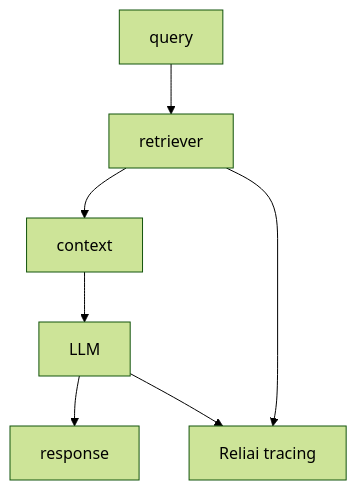
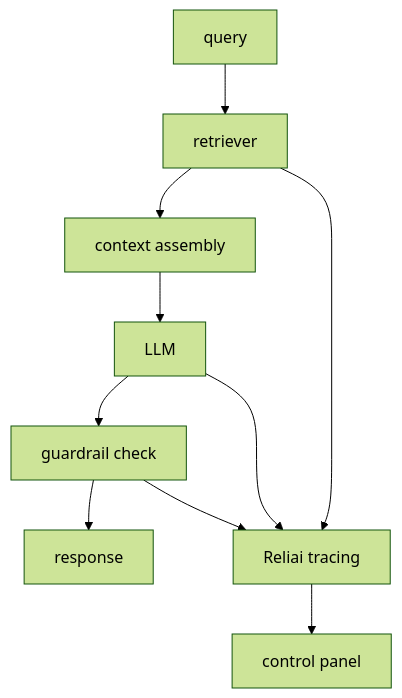
One commit to Reliailabs/reliai changed the diagram in repo-templates/reliai-rag-starter/README.md. Above: the diagram before and after it, drawn with Mermaid (forest theme). The commit also changed other lines of this file and 18 other files, not shown here.

````diff
--- a/repo-templates/reliai-rag-starter/README.md
+++ b/repo-templates/reliai-rag-starter/README.md
@@ -58,9 +49,12 @@
 ```mermaid
 flowchart TD
     A["query"] --> B["retriever"]
-    B --> C["context"]
+    B --> C["context assembly"]
     C --> D["LLM"]
-    D --> E["response"]
-    B --> F["Reliai tracing"]
-    D --> F
+    D --> E["guardrail check"]
+    E --> F["response"]
+    B --> G["Reliai tracing"]
+    D --> G
+    E --> G
+    G --> H["control panel"]
 ```
````
